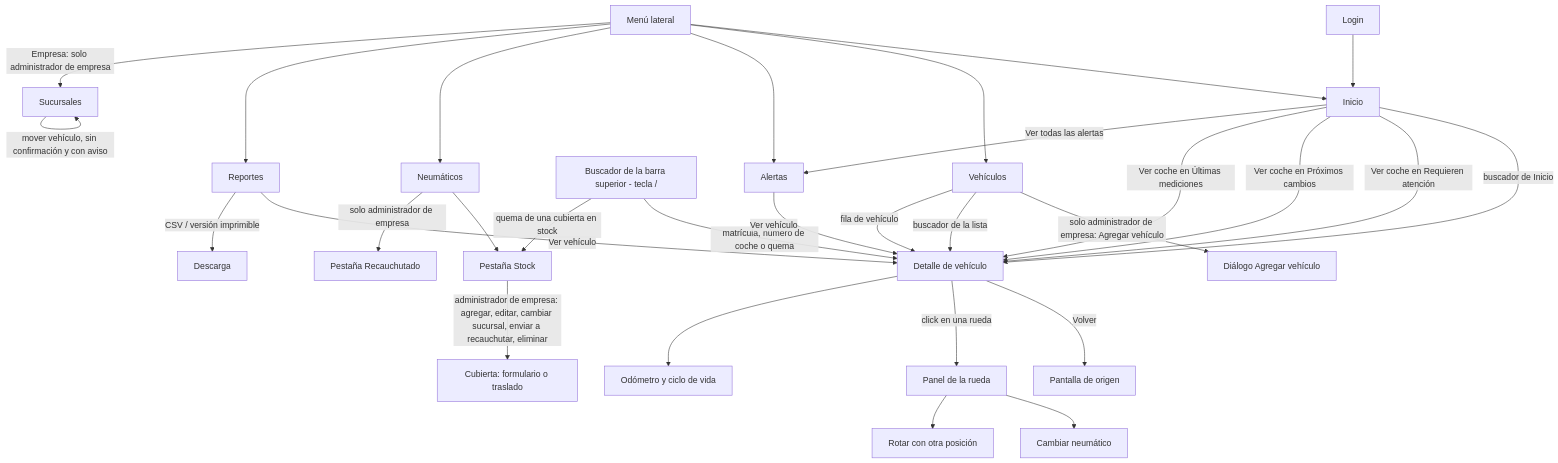
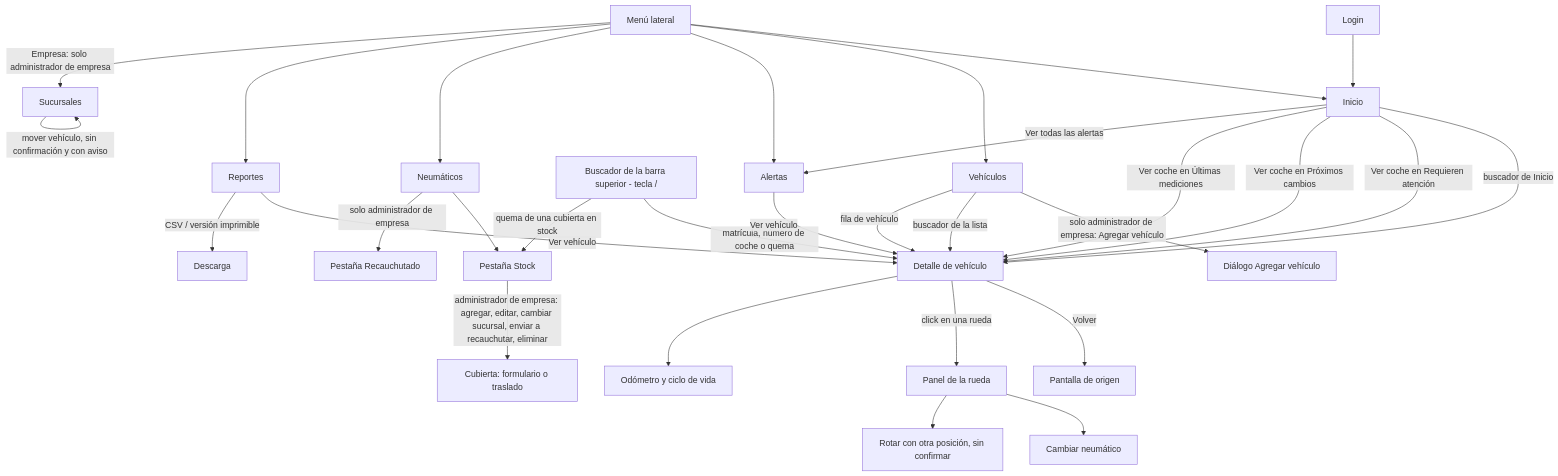
The first of 2 diagrams in docs/12-mapa-navegacion.md (EM-Organization/Neumet-Gestion), drawn with Mermaid before and after one commit. The commit also changed 11 other files, not shown here.

Commit message:
UX: Cambiar con Enter, Rotar sin confirmar, nombres de posición y pulido del detalle

````diff
--- a/docs/12-mapa-navegacion.md
+++ b/docs/12-mapa-navegacion.md
@@ -30,33 +30,33 @@
 ```mermaid
 flowchart TD
   L[Login] --> I[Inicio]
   M[Menú lateral] --> I
   M --> V[Vehículos]
   M --> A[Alertas]
   M --> N[Neumáticos]
   N --> S[Pestaña Stock]
   N -->|solo administrador de empresa| RC[Pestaña Recauchutado]
   S -->|administrador de empresa: agregar, editar, cambiar sucursal, enviar a recauchutar, eliminar| SC[Cubierta: formulario o traslado]
   M --> R[Reportes]
   M -->|Empresa: solo administrador de empresa| SU[Sucursales]
   SU -->|crear, renombrar, eliminar| SU
   SU -->|mover vehículo, sin confirmación y con aviso| SU
   V -->|solo administrador de empresa: Agregar vehículo| VA[Diálogo Agregar vehículo]
   B[Buscador de la barra superior - tecla /] -->|matrícula, número de coche o quema| VD[Detalle de vehículo]
   B -->|quema de una cubierta en stock| S
   I -->|buscador de Inicio| VD
   I -->|Ver coche en Requieren atención| VD
   I -->|Ver coche en Próximos cambios| VD
   I -->|Ver coche en Últimas mediciones| VD
   I -->|Ver todas las alertas| A
   V -->|buscador de la lista| VD
   V -->|fila de vehículo| VD
   A -->|Ver vehículo| VD
   R -->|Ver vehículo| VD
   VD -->|Volver| ORIGEN[Pantalla de origen]
   VD -->|click en una rueda| PR[Panel de la rueda]
   PR --> CN[Cambiar neumático]
-  PR --> RO[Rotar con otra posición]
+  PR --> RO[Rotar con otra posición, sin confirmar]
   VD --> OD[Odómetro y ciclo de vida]
   R -->|CSV / versión imprimible| X[Descarga]
 ```
````
